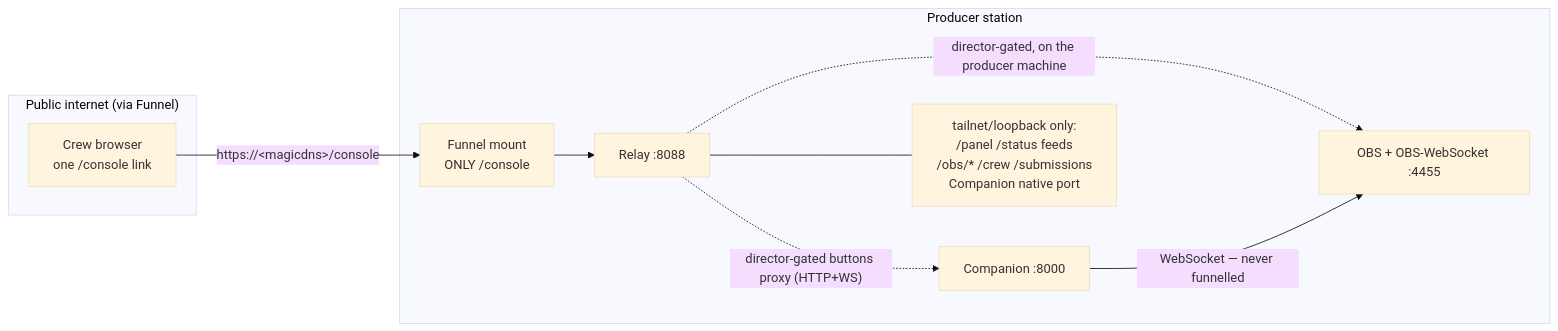
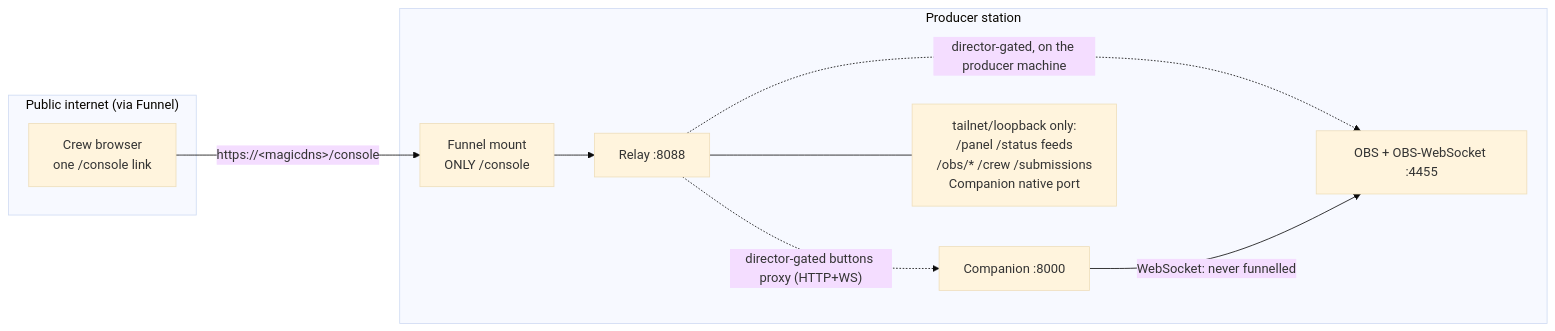
One commit to jegr78/gt-racing-broadcast changed the diagram in src/docs/wiki/Remote-access.md. Above: the diagram before and after it, drawn with Mermaid (base theme). The commit also changed other lines of this file and 32 other files, not shown here.

````diff
--- a/src/docs/wiki/Remote-access.md
+++ b/src/docs/wiki/Remote-access.md
@@ -118,18 +118,18 @@
 ```mermaid
 flowchart LR
   subgraph Public["Public internet (via Funnel)"]
     CREW["Crew browser<br/>one /console link"]
   end
   subgraph Producer["Producer station"]
     MOUNT["Funnel mount<br/>ONLY /console"]
     RELAY["Relay :8088"]
     OBS["OBS + OBS-WebSocket :4455"]
     COMP["Companion :8000"]
     PRIV["tailnet/loopback only:<br/>/panel /status feeds<br/>/obs/* /crew /submissions<br/>Companion native port"]
   end
   CREW -->|"https://&lt;magicdns&gt;/console"| MOUNT --> RELAY
   RELAY -. "director-gated, on the producer machine" .-> OBS
   RELAY -. "director-gated buttons proxy (HTTP+WS)" .-> COMP
   RELAY --- PRIV
-  COMP -->|"WebSocket — never funnelled"| OBS
+  COMP -->|"WebSocket: never funnelled"| OBS
 ```
````
